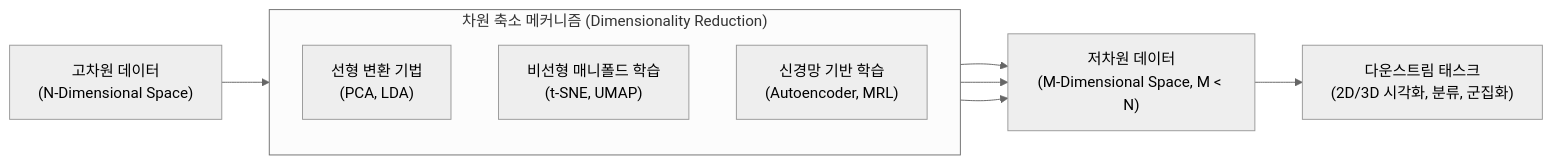
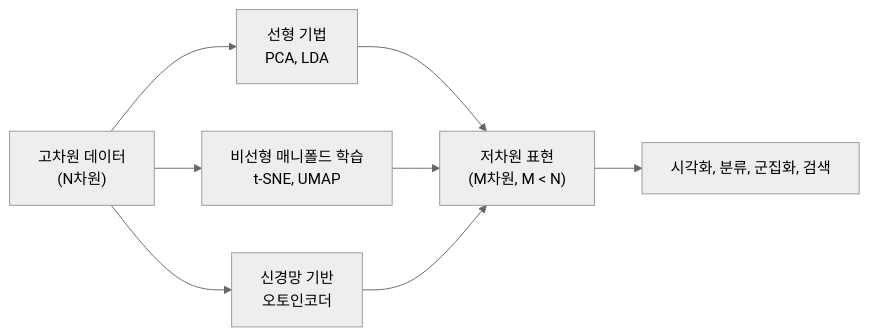
One commit to supremethumb/supremethumb.github.io changed the diagram in content/01_IT Tech/차원 축소.md. Above: the diagram before and after it, drawn with Mermaid (neutral theme). The commit also changed other lines of this file and 1087 other files, not shown here.

````diff
--- a/content/01_IT Tech/차원 축소.md
+++ b/content/01_IT Tech/차원 축소.md
@@ -23,21 +35,8 @@
 ```mermaid
 flowchart LR
-    HD["고차원 데이터<br/>(N-Dimensional Space)"]
-    
-    subgraph DR_Techniques["차원 축소 메커니즘 (Dimensionality Reduction)"]
-        direction TB
-        Linear["선형 변환 기법<br/>(PCA, LDA)"]
-        NonLinear["비선형 매니폴드 학습<br/>(t-SNE, UMAP)"]
-        NN["신경망 기반 학습<br/>(Autoencoder, MRL)"]
-    end
-    
-    LD["저차원 데이터<br/>(M-Dimensional Space, M < N)"]
-    APP["다운스트림 태스크<br/>(2D/3D 시각화, 분류, 군집화)"]
-
-    HD --> DR_Techniques
-    Linear --> LD
-    NonLinear --> LD
-    NN --> LD
-    LD --> APP
-
+    HD["고차원 데이터<br/>(N차원)"] --> L["선형 기법<br/>PCA, LDA"]
+    HD --> NL["비선형 매니폴드 학습<br/>t-SNE, UMAP"]
+    HD --> NN["신경망 기반<br/>오토인코더"]
+    L & NL & NN --> LD["저차원 표현<br/>(M차원, M < N)"]
+    LD --> APP["시각화, 분류, 군집화, 검색"]
 ```
````
